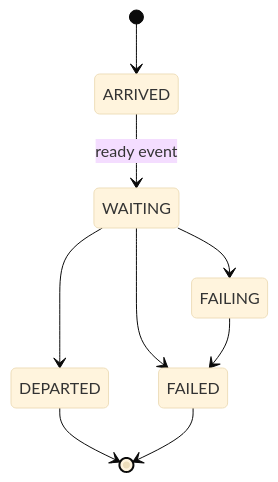
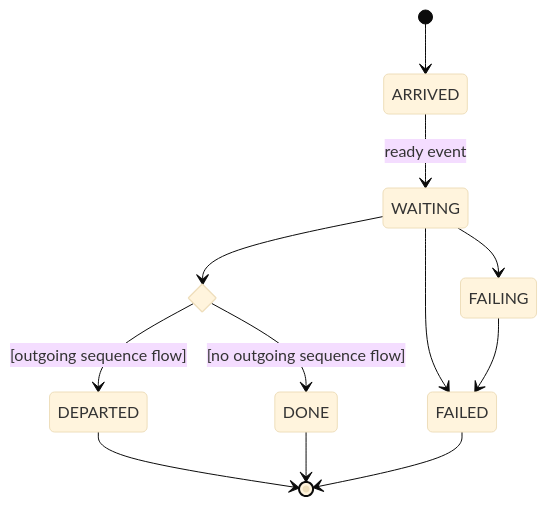
The first of 2 diagrams in docs/md/token_flow_logic_multi_instance_activities.md (bpmn-os/bpmnos-engine), drawn with Mermaid (base theme) before and after one commit. The commit also changed 16 other files, not shown here.

```diff
--- a/docs/md/token_flow_logic_multi_instance_activities.md
+++ b/docs/md/token_flow_logic_multi_instance_activities.md
@@ -9,11 +9,15 @@
 <pre class="mermaid">
 stateDiagram-v2
+    state departure <<choice>>
     [*] --> ARRIVED
     ARRIVED --> WAITING: ready event
-    WAITING --> DEPARTED
+    WAITING --> departure
     WAITING --> FAILING
     WAITING --> FAILED
     FAILING --> FAILED
+    departure --> DEPARTED: [outgoing sequence flow]
+    departure --> DONE: [no outgoing sequence flow]
     DEPARTED --> [*]
+    DONE --> [*]
     FAILED --> [*]
 </pre>
```
